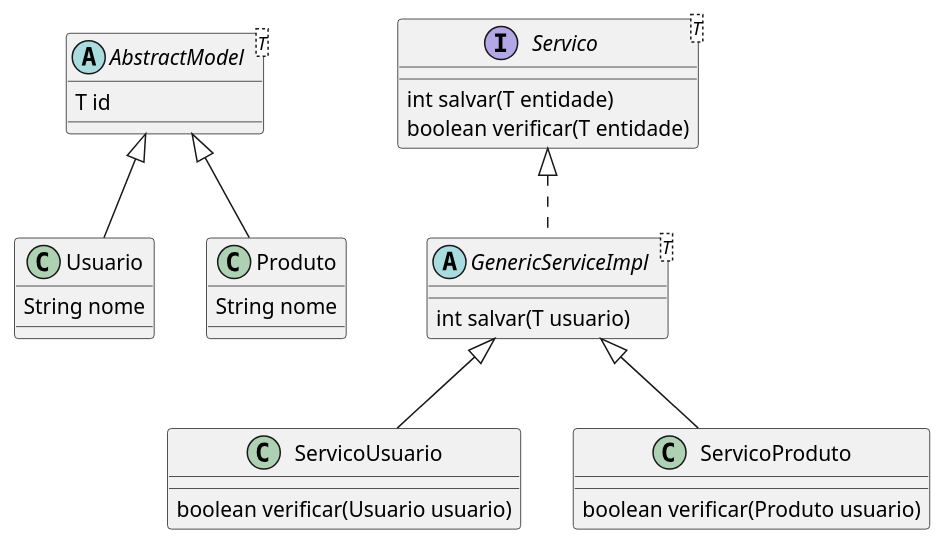
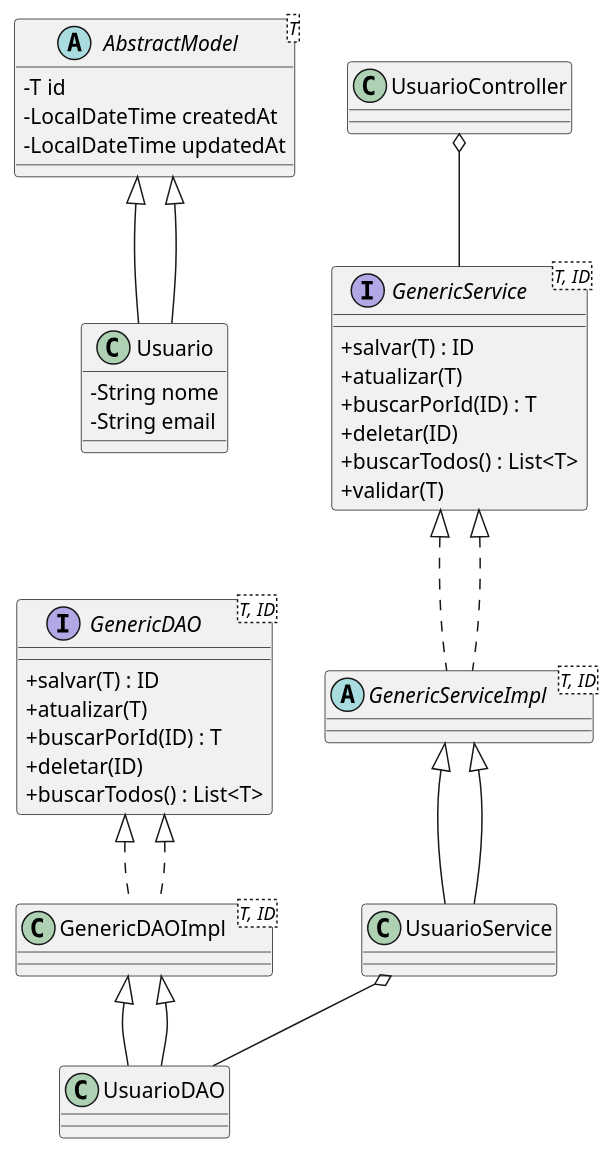
The diagram in posts/exercicio/22_exercício_generics_trabalho_parcial_2/_content.qmd (leandro-costa/quarto-blog), drawn with PlantUML before and after one commit. The commit also changed other lines of this file and 159 other files, not shown here.

````diff
--- a/posts/exercicio/22_exercício_generics_trabalho_parcial_2/_content.qmd
+++ b/posts/exercicio/22_exercício_generics_trabalho_parcial_2/_content.qmd
@@ -43,34 +215,51 @@
-```plantuml
+```{.plantuml}
+//| label: fig-camadas
+//| fig-cap: "Relação entre a camada de modelo e a camada de serviço"
+@startuml
+skinparam classAttributeIconSize 0
 
-@startuml
-abstract class AbstractModel<T>{
- T id
+abstract class AbstractModel<T> {
+  -T id
+  -LocalDateTime createdAt
+  -LocalDateTime updatedAt
 }
 
-class Usuario extends AbstractModel<Long>{
- String nome
+class Usuario extends AbstractModel {
+  -String nome
+  -String email
 }
 
-class Produto extends AbstractModel<Long>{
- String nome
+interface GenericDAO<T, ID> {
+  +salvar(T) : ID
+  +atualizar(T)
+  +buscarPorId(ID) : T
+  +deletar(ID)
+  +buscarTodos() : List<T>
 }
 
-interface Servico<T>{
- int salvar(T entidade)
- boolean verificar(T entidade)
+class GenericDAOImpl<T, ID> implements GenericDAO
+
+interface GenericService<T, ID> {
+  +salvar(T) : ID
+  +atualizar(T)
+  +buscarPorId(ID) : T
+  +deletar(ID)
+  +buscarTodos() : List<T>
+  +validar(T)
 }
 
-abstract class GenericServiceImpl<T> implements Servico<T>{
- int salvar(T usuario)
-}
+abstract class GenericServiceImpl<T, ID> implements GenericService
 
-class ServicoUsuario extends GenericServiceImpl<Usuario>{
- boolean verificar(Usuario usuario)
-}
+class UsuarioDAO extends GenericDAOImpl
+class UsuarioService extends GenericServiceImpl
+class UsuarioController
 
-class ServicoProduto extends GenericServiceImpl<Produto>{
- boolean verificar(Produto usuario)
-}
-
+AbstractModel <|-- Usuario
+GenericDAO <|.. GenericDAOImpl
+GenericDAOImpl <|-- UsuarioDAO
+GenericService <|.. GenericServiceImpl
+GenericServiceImpl <|-- UsuarioService
+UsuarioService o-- UsuarioDAO
+UsuarioController o-- GenericService
 @enduml
 ```
````
